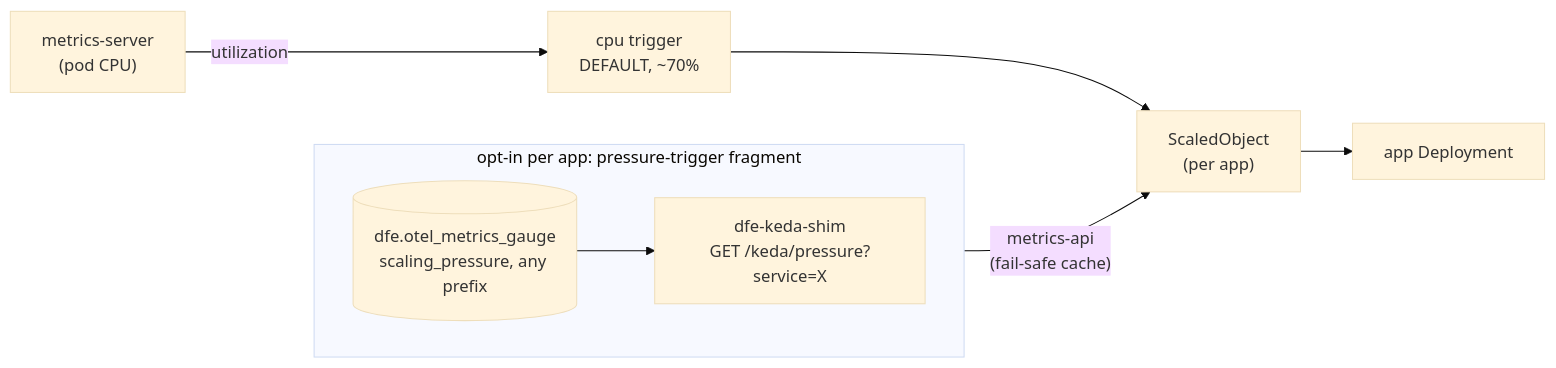
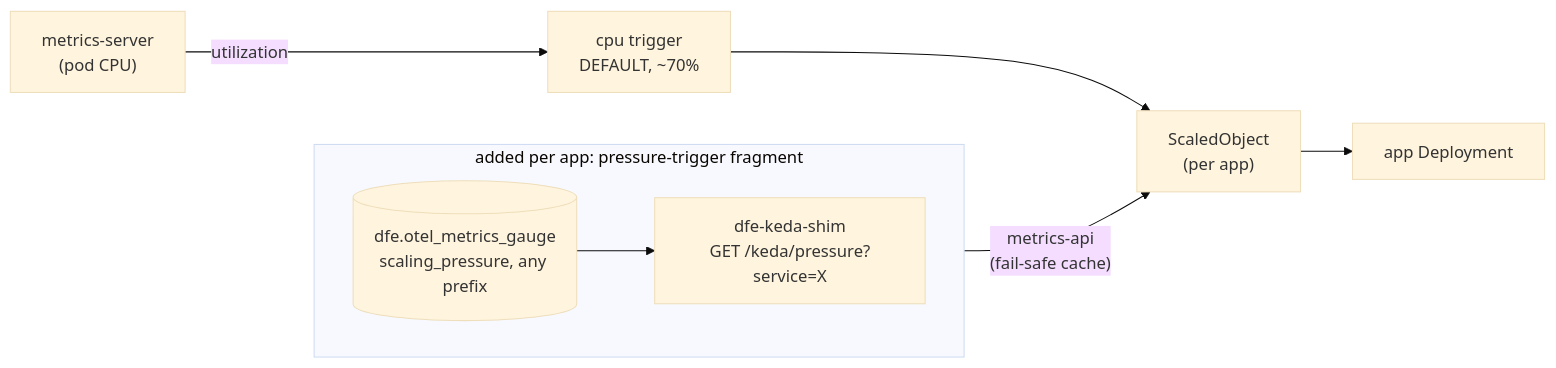
One commit to hyperi-io/dfe-engine changed the diagram in docs/deployment/keda-scaling.md. Above: the diagram before and after it, drawn with Mermaid (base theme). The commit also changed other lines of this file and 13 other files, not shown here.

````diff
--- a/docs/deployment/keda-scaling.md
+++ b/docs/deployment/keda-scaling.md
@@ -24,11 +24,11 @@
 ```mermaid
 flowchart LR
     ms["metrics-server\n(pod CPU)"] -->|utilization| cpuTrig["cpu trigger\nDEFAULT, ~70%"]
-    subgraph shimPath["opt-in per app: pressure-trigger fragment"]
+    subgraph shimPath["added per app: pressure-trigger fragment"]
         direction LR
         gauge[("dfe.otel_metrics_gauge\nscaling_pressure, any prefix")] --> shim["dfe-keda-shim\nGET /keda/pressure?service=X"]
     end
     cpuTrig --> so["ScaledObject\n(per app)"]
     shim -->|"metrics-api\n(fail-safe cache)"| so
     so --> dep["app Deployment"]
 ```
````
